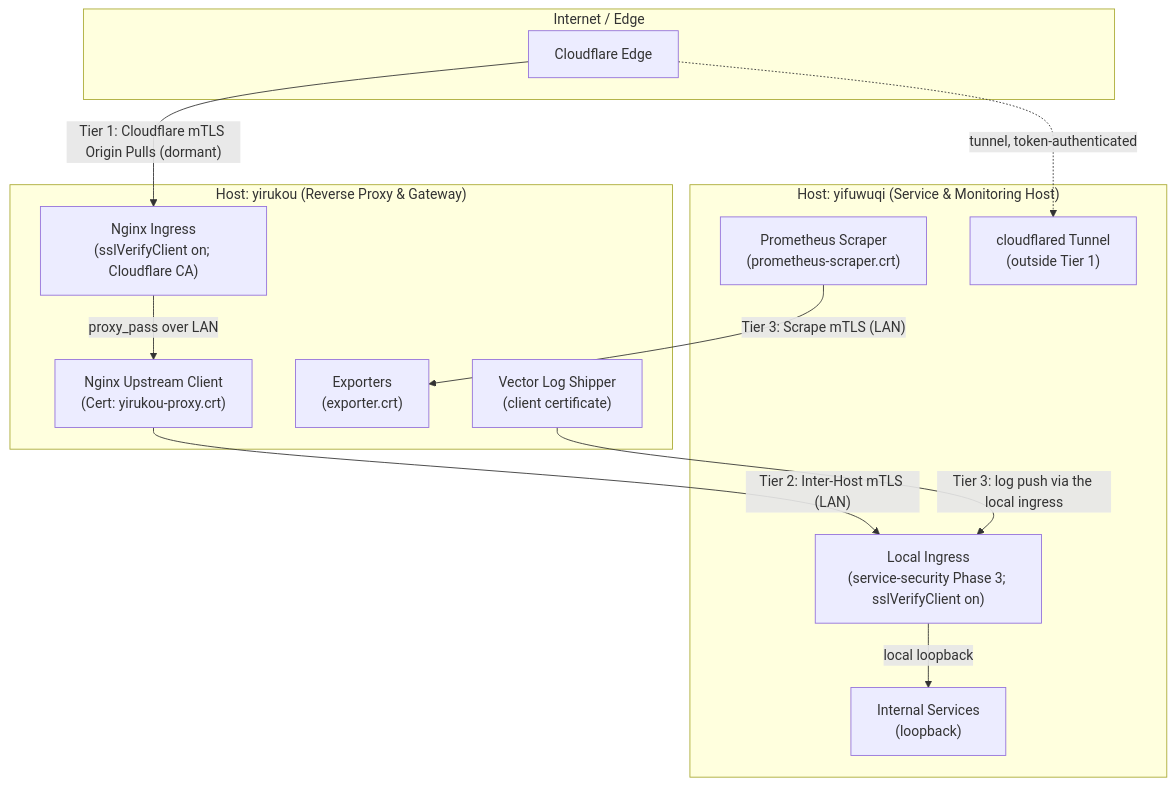
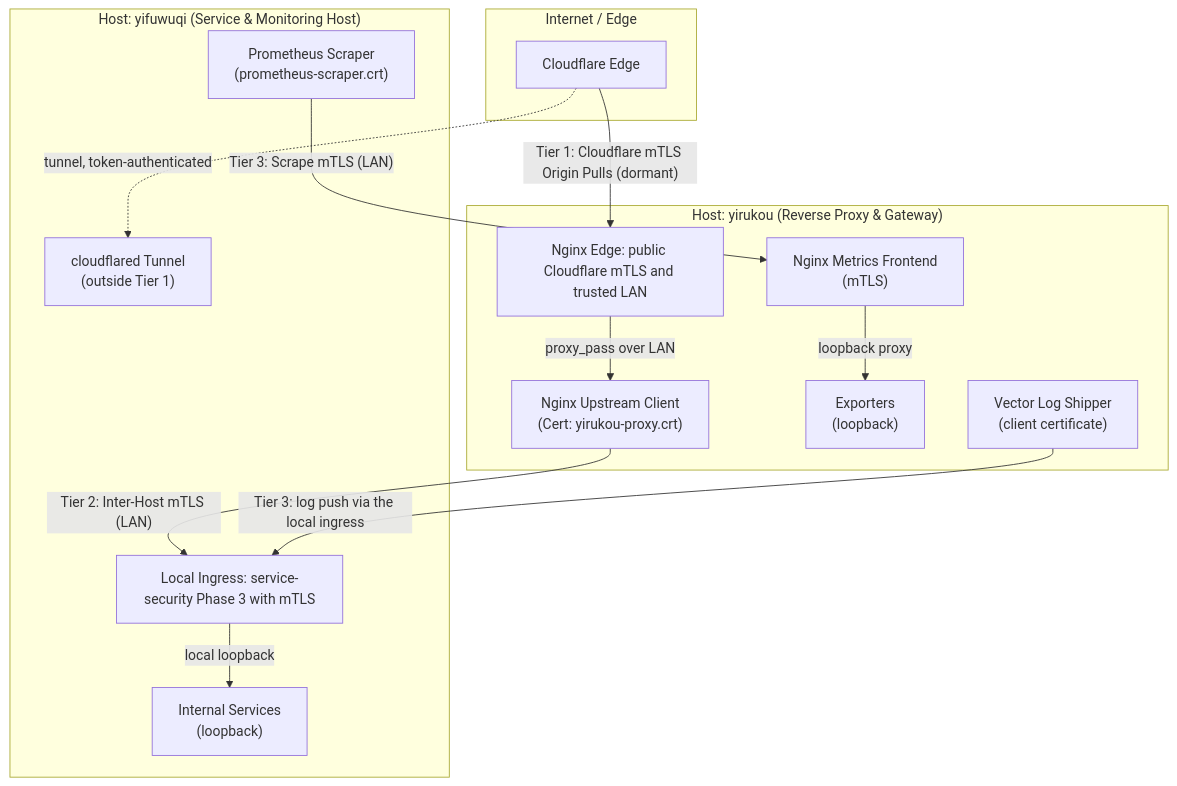
Before and after one commit to categoricalcat/nixos: the first of 2 diagrams in docs/src/plans/mtls-architecture-plan.md, drawn with Mermaid. The commit also changed other lines of this file and 5 other files, not shown here.

````diff
--- a/docs/src/plans/mtls-architecture-plan.md
+++ b/docs/src/plans/mtls-architecture-plan.md
@@ -66,29 +121,31 @@
 ```mermaid
 flowchart TD
     subgraph Internet["Internet / Edge"]
         CF["Cloudflare Edge"]
     end
 
     subgraph Yirukou["Host: yirukou (Reverse Proxy & Gateway)"]
-        Y_INGRESS["Nginx Ingress<br/>(sslVerifyClient on; Cloudflare CA)"]
+        Y_INGRESS["Nginx Edge: public Cloudflare mTLS and trusted LAN"]
         Y_UPSTREAM["Nginx Upstream Client<br/>(Cert: yirukou-proxy.crt)"]
-        Y_EXPORTER["Exporters<br/>(exporter.crt)"]
+        Y_METRICS["Nginx Metrics Frontend<br/>(mTLS)"]
+        Y_EXPORTER["Exporters<br/>(loopback)"]
         Y_VECTOR["Vector Log Shipper<br/>(client certificate)"]
         Y_INGRESS -->|proxy_pass over LAN| Y_UPSTREAM
+        Y_METRICS -->|loopback proxy| Y_EXPORTER
     end
 
     subgraph Yifuwuqi["Host: yifuwuqi (Service & Monitoring Host)"]
-        F_BACKEND["Local Ingress<br/>(service-security Phase 3; sslVerifyClient on)"]
+        F_BACKEND["Local Ingress: service-security Phase 3 with mTLS"]
         F_SERVICES["Internal Services<br/>(loopback)"]
         F_PROMETHEUS["Prometheus Scraper<br/>(prometheus-scraper.crt)"]
         F_TUNNEL["cloudflared Tunnel<br/>(outside Tier 1)"]
 
         F_BACKEND -->|local loopback| F_SERVICES
     end
 
     CF -->|"Tier 1: Cloudflare mTLS Origin Pulls (dormant)"| Y_INGRESS
     CF -.->|"tunnel, token-authenticated"| F_TUNNEL
     Y_UPSTREAM -->|"Tier 2: Inter-Host mTLS (LAN)"| F_BACKEND
     Y_VECTOR -->|"Tier 3: log push via the local ingress"| F_BACKEND
-    F_PROMETHEUS -->|"Tier 3: Scrape mTLS (LAN)"| Y_EXPORTER
+    F_PROMETHEUS -->|"Tier 3: Scrape mTLS (LAN)"| Y_METRICS
 ```
````
